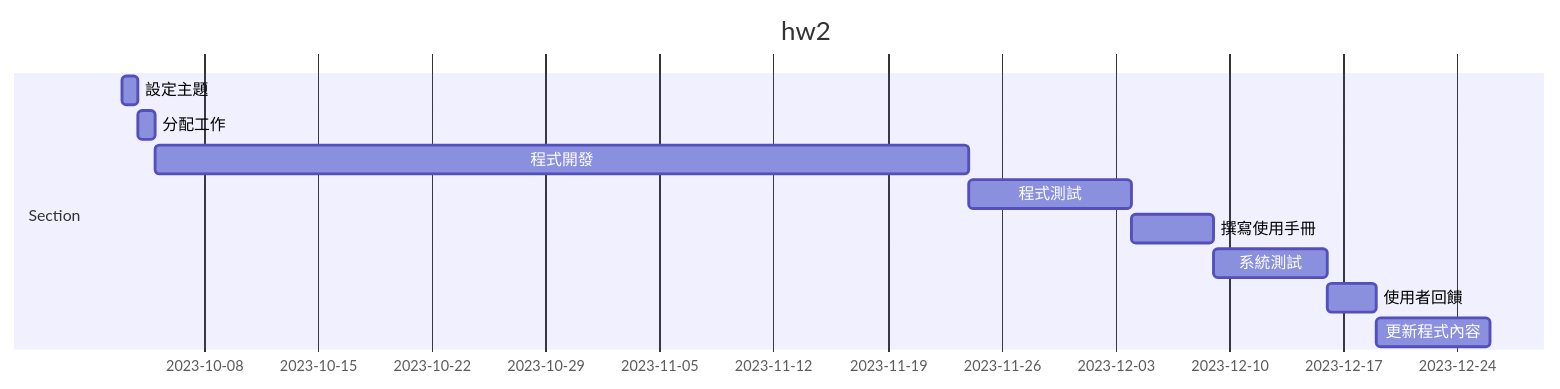
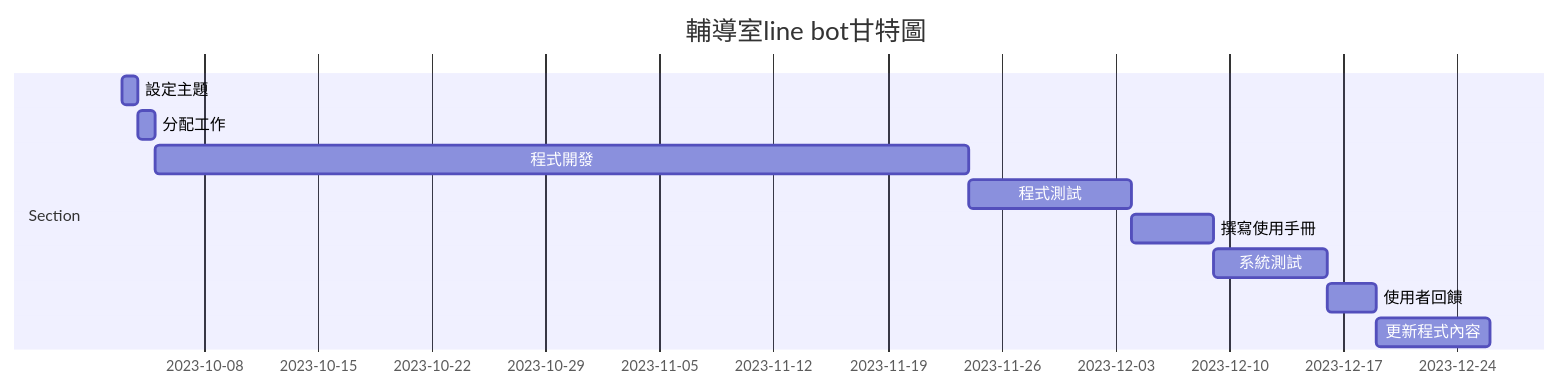
Before and after one commit to xinyi1201/Group5: the diagram in hw2.md, drawn with Mermaid.

````diff
--- a/hw2.md
+++ b/hw2.md
@@ -13,14 +13,14 @@
 ```mermaid
 gantt
-    title hw2
+    title 輔導室line bot甘特圖
 
     section Section
     設定主題     :a1, 2023-10-03, 0.5d
     分配工作     :a2, after a1, 0.5d
     程式開發     :a3, after a2 , 50d
     程式測試     :a4, after a3  , 10d
     撰寫使用手冊 :a5, after  a4  , 5d
     系統測試     :a6, after a5  , 7d
     使用者回饋    :a7, after a6 , 3d
     更新程式內容  :a8, after a7 , 7d
 ```
````
